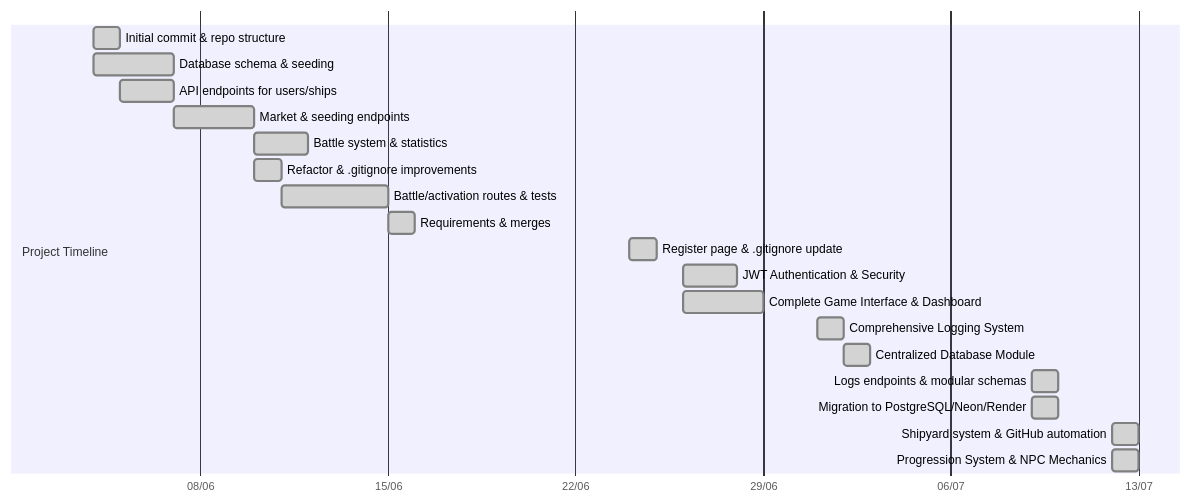
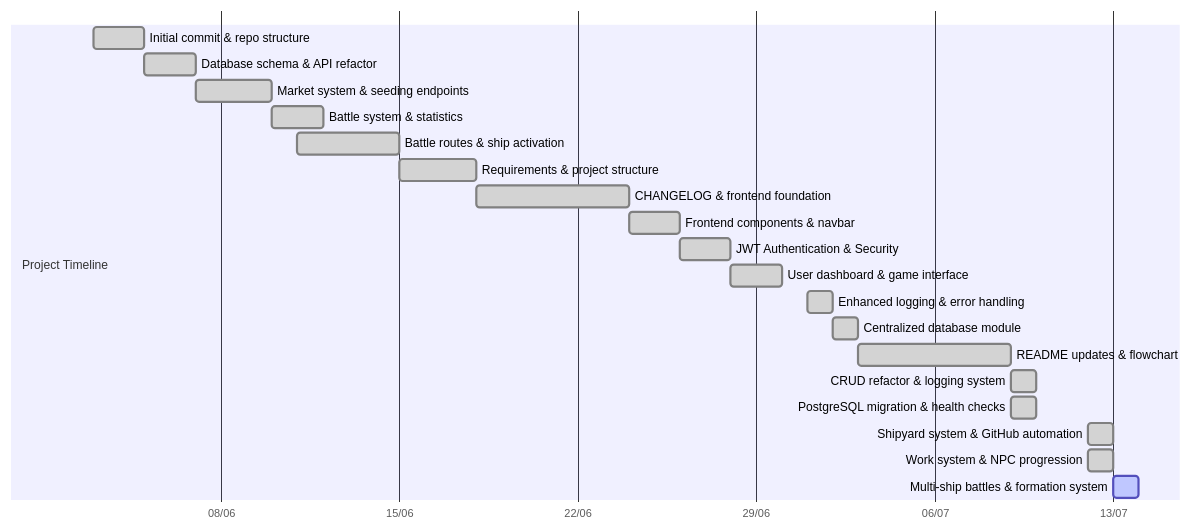
One commit to FilipePacheco73/Bellum-Astrum changed the second of 2 diagrams in README.md. Above: the diagram before and after it, drawn with Mermaid. The commit also changed other lines of this file and 20 other files, not shown here.

First line of the commit message:
feat: Implement work system with CRUD operations, API routes, and schemas

````diff
--- a/README.md
+++ b/README.md
@@ -369,23 +423,24 @@
 ```mermaid
 gantt
 dateFormat  YYYY-MM-DD
 axisFormat  %d/%m
 section Project Timeline
-Initial commit & repo structure        :done,    des1, 2025-06-04, 1d
-Database schema & seeding             :done,    des2, 2025-06-04, 3d
-API endpoints for users/ships         :done,    des3, 2025-06-05, 2d
-Market & seeding endpoints            :done,    des4, 2025-06-07, 3d
-Battle system & statistics            :done,    des5, 2025-06-10, 2d
-Refactor & .gitignore improvements    :done,    des6, 2025-06-10, 1d
-Battle/activation routes & tests      :done,    des7, 2025-06-11, 4d
-Requirements & merges                 :done,    des8, 2025-06-15, 1d
-Register page & .gitignore update     :done,    des9, 2025-06-24, 1d
-JWT Authentication & Security         :done,    des10, 2025-06-26, 2d
-Complete Game Interface & Dashboard   :done,    des11, 2025-06-26, 3d
-Comprehensive Logging System          :done,    des12, 2025-07-01, 1d
-Centralized Database Module           :done,    des13, 2025-07-02, 1d
-Logs endpoints & modular schemas      :done,    des14, 2025-07-09, 1d
-Migration to PostgreSQL/Neon/Render   :done,    des15, 2025-07-09, 1d
-Shipyard system & GitHub automation   :done,    des16, 2025-07-12, 1d
-Progression System & NPC Mechanics    :done,    des17, 2025-07-12, 1d
+Initial commit & repo structure        :done,    des1, 2025-06-03, 2d
+Database schema & API refactor         :done,    des2, 2025-06-05, 2d
+Market system & seeding endpoints      :done,    des3, 2025-06-07, 3d
+Battle system & statistics             :done,    des4, 2025-06-10, 2d
+Battle routes & ship activation        :done,    des5, 2025-06-11, 4d
+Requirements & project structure       :done,    des6, 2025-06-15, 3d
+CHANGELOG & frontend foundation        :done,    des7, 2025-06-18, 6d
+Frontend components & navbar           :done,    des8, 2025-06-24, 2d
+JWT Authentication & Security          :done,    des9, 2025-06-26, 2d
+User dashboard & game interface        :done,    des10, 2025-06-28, 2d
+Enhanced logging & error handling      :done,    des11, 2025-07-01, 1d
+Centralized database module            :done,    des12, 2025-07-02, 1d
+README updates & flowchart             :done,    des13, 2025-07-03, 6d
+CRUD refactor & logging system         :done,    des14, 2025-07-09, 1d
+PostgreSQL migration & health checks   :done,    des15, 2025-07-09, 1d
+Shipyard system & GitHub automation    :done,    des16, 2025-07-12, 1d
+Work system & NPC progression          :done,    des17, 2025-07-12, 1d
+Multi-ship battles & formation system  :active,  des18, 2025-07-13, 1d
 ```
````
